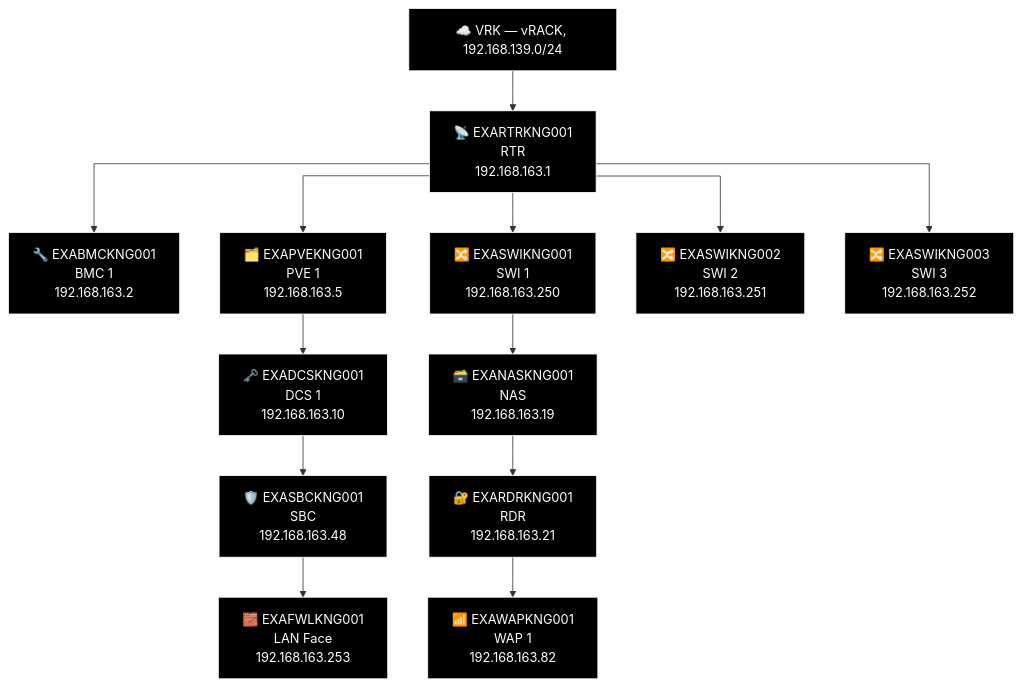
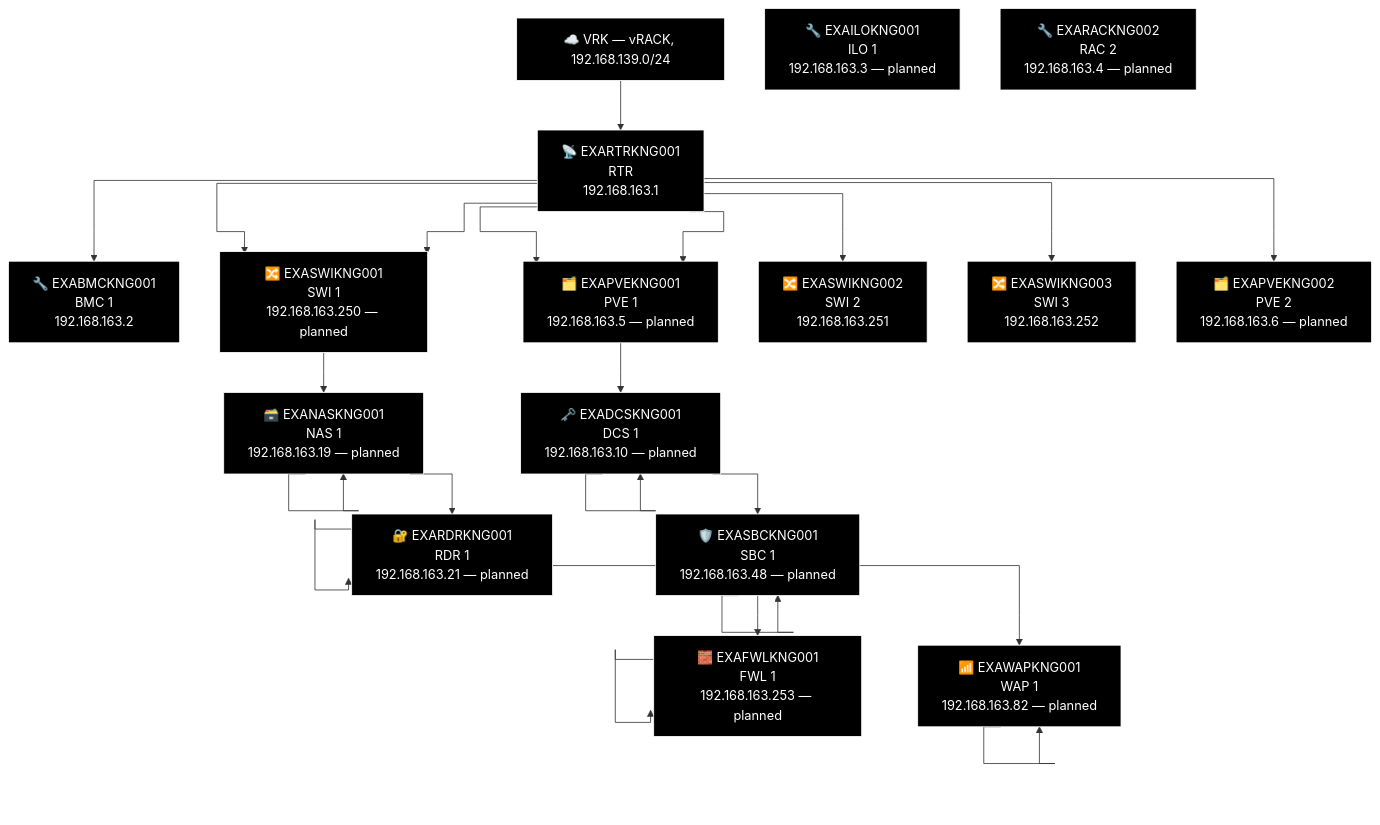
Before and after one commit to knightmare2600/example_music_infra: the ninth of 9 diagrams in docs/network-diagram/canada.md, drawn with Mermaid. The commit also changed other lines of this file and 10 other files, not shown here.

````diff
--- a/docs/network-diagram/canada.md
+++ b/docs/network-diagram/canada.md
@@ -383,40 +408,65 @@
 ```mermaid
 %% GENERATED:TOPOLOGY:KNG:START
 %%{init: {'flowchart': {'curve': 'stepAfter'}}}%%
 graph TD
     T_VRK["☁️ VRK — vRACK, 192.168.139.0/24"]
     T_RTR["📡 EXARTRKNG001<br/>RTR<br/>192.168.163.1"]
     T_VRK --> T_RTR
     T_BMC["🔧 EXABMCKNG001<br/>BMC 1<br/>192.168.163.2"]
     T_RTR --> T_BMC
     T_PVE["🗂️ EXAPVEKNG001<br/>PVE 1<br/>192.168.163.5"]
     T_RTR --> T_PVE
     T_SWI["🔀 EXASWIKNG001<br/>SWI 1<br/>192.168.163.250"]
     T_RTR --> T_SWI
     T_SWI2["🔀 EXASWIKNG002<br/>SWI 2<br/>192.168.163.251"]
     T_RTR --> T_SWI2
     T_SWI3["🔀 EXASWIKNG003<br/>SWI 3<br/>192.168.163.252"]
     T_RTR --> T_SWI3
+    T_SWI["🔀 EXASWIKNG001<br/>SWI 1<br/>192.168.163.250 — planned"]
+    T_RTR --> T_SWI
+    T_PVE["🗂️ EXAPVEKNG001<br/>PVE 1<br/>192.168.163.5 — planned"]
+    T_RTR --> T_PVE
+    T_PVE2["🗂️ EXAPVEKNG002<br/>PVE 2<br/>192.168.163.6 — planned"]
+    T_RTR --> T_PVE2
     T_NAS["🗃️ EXANASKNG001<br/>NAS<br/>192.168.163.19"]
+    T_NAS["🗃️ EXANASKNG001<br/>NAS 1<br/>192.168.163.19 — planned"]
     T_RDR["🔐 EXARDRKNG001<br/>RDR<br/>192.168.163.21"]
+    T_RDR["🔐 EXARDRKNG001<br/>RDR 1<br/>192.168.163.21 — planned"]
     T_WAP["📶 EXAWAPKNG001<br/>WAP 1<br/>192.168.163.82"]
-    T_SWI --> T_NAS --> T_RDR --> T_WAP
+    T_WAP["📶 EXAWAPKNG001<br/>WAP 1<br/>192.168.163.82 — planned"]
+    T_SWI --> T_NAS --> T_NAS --> T_RDR --> T_RDR --> T_WAP --> T_WAP
     T_DCS["🗝️ EXADCSKNG001<br/>DCS 1<br/>192.168.163.10"]
+    T_DCS["🗝️ EXADCSKNG001<br/>DCS 1<br/>192.168.163.10 — planned"]
     T_SBC["🛡️ EXASBCKNG001<br/>SBC<br/>192.168.163.48"]
+    T_SBC["🛡️ EXASBCKNG001<br/>SBC 1<br/>192.168.163.48 — planned"]
     T_FWL["🧱 EXAFWLKNG001<br/>LAN Face<br/>192.168.163.253"]
-    T_PVE --> T_DCS --> T_SBC --> T_FWL
+    T_FWL["🧱 EXAFWLKNG001<br/>FWL 1<br/>192.168.163.253 — planned"]
+    T_PVE --> T_DCS --> T_DCS --> T_SBC --> T_SBC --> T_FWL --> T_FWL
+    T_ILO["🔧 EXAILOKNG001<br/>ILO 1<br/>192.168.163.3 — planned"]
+    T_RAC["🔧 EXARACKNG002<br/>RAC 2<br/>192.168.163.4 — planned"]
     style T_VRK fill:#000000,stroke:#FFFFFF,color:#FFFFFF
     style T_RTR fill:#000000,stroke:#FFFFFF,color:#FFFFFF
     style T_BMC fill:#000000,stroke:#FFFFFF,color:#FFFFFF
     style T_PVE fill:#000000,stroke:#FFFFFF,color:#FFFFFF
     style T_SWI fill:#000000,stroke:#FFFFFF,color:#FFFFFF
     style T_SWI2 fill:#000000,stroke:#FFFFFF,color:#FFFFFF
     style T_SWI3 fill:#000000,stroke:#FFFFFF,color:#FFFFFF
+    style T_SWI fill:#000000,stroke:#FFFFFF,color:#FFFFFF
+    style T_PVE fill:#000000,stroke:#FFFFFF,color:#FFFFFF
+    style T_PVE2 fill:#000000,stroke:#FFFFFF,color:#FFFFFF
+    style T_NAS fill:#000000,stroke:#FFFFFF,color:#FFFFFF
     style T_NAS fill:#000000,stroke:#FFFFFF,color:#FFFFFF
     style T_RDR fill:#000000,stroke:#FFFFFF,color:#FFFFFF
+    style T_RDR fill:#000000,stroke:#FFFFFF,color:#FFFFFF
+    style T_WAP fill:#000000,stroke:#FFFFFF,color:#FFFFFF
     style T_WAP fill:#000000,stroke:#FFFFFF,color:#FFFFFF
     style T_DCS fill:#000000,stroke:#FFFFFF,color:#FFFFFF
+    style T_DCS fill:#000000,stroke:#FFFFFF,color:#FFFFFF
+    style T_SBC fill:#000000,stroke:#FFFFFF,color:#FFFFFF
     style T_SBC fill:#000000,stroke:#FFFFFF,color:#FFFFFF
     style T_FWL fill:#000000,stroke:#FFFFFF,color:#FFFFFF
+    style T_FWL fill:#000000,stroke:#FFFFFF,color:#FFFFFF
+    style T_ILO fill:#000000,stroke:#FFFFFF,color:#FFFFFF
+    style T_RAC fill:#000000,stroke:#FFFFFF,color:#FFFFFF
 %% GENERATED:TOPOLOGY:KNG:END
 ```
````
